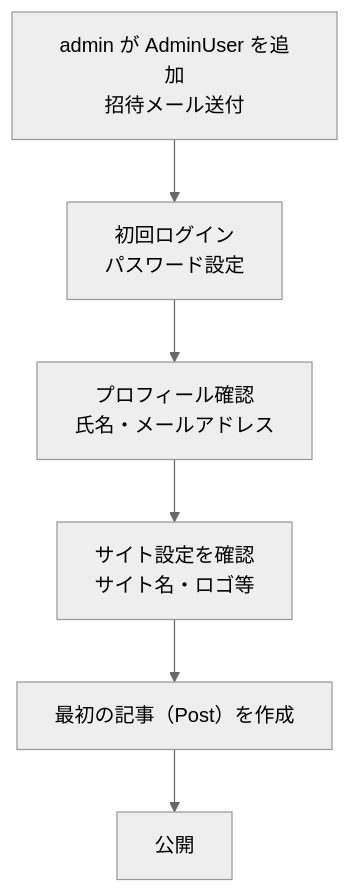
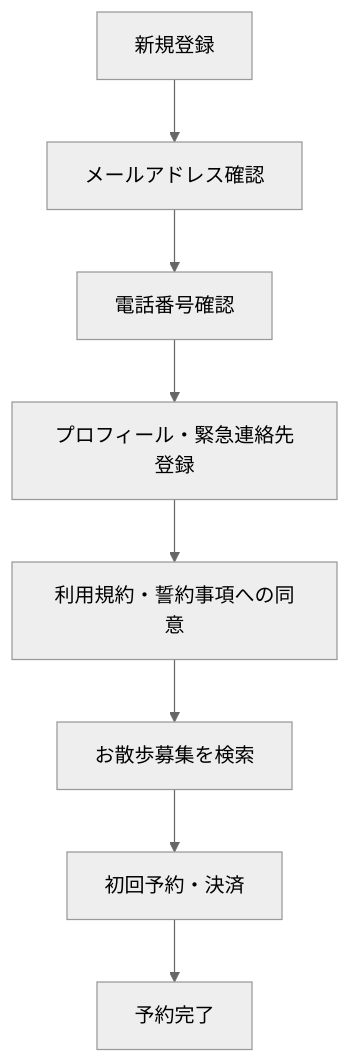
The first of 4 diagrams in docs/2-product/04-ui-ux-design.md (team-natural/walk-pet-kampo), drawn with Mermaid (neutral theme) before and after one commit. The commit also changed other lines of this file and 24 other files, not shown here.

````diff
--- a/docs/2-product/04-ui-ux-design.md
+++ b/docs/2-product/04-ui-ux-design.md
@@ -61,8 +64,10 @@
 ```mermaid
 flowchart TD
-    A[admin が AdminUser を追加<br/>招待メール送付] --> B[初回ログイン<br/>パスワード設定]
-    B --> C[プロフィール確認<br/>氏名・メールアドレス]
-    C --> D[サイト設定を確認<br/>サイト名・ロゴ等]
-    D --> E[最初の記事（Post）を作成]
-    E --> F[公開]
+    A[新規登録] --> B[メールアドレス確認]
+    B --> C[電話番号確認]
+    C --> D[プロフィール・緊急連絡先登録]
+    D --> E[利用規約・誓約事項への同意]
+    E --> F[お散歩募集を検索]
+    F --> G[初回予約・決済]
+    G --> H[予約完了]
 ```
````
